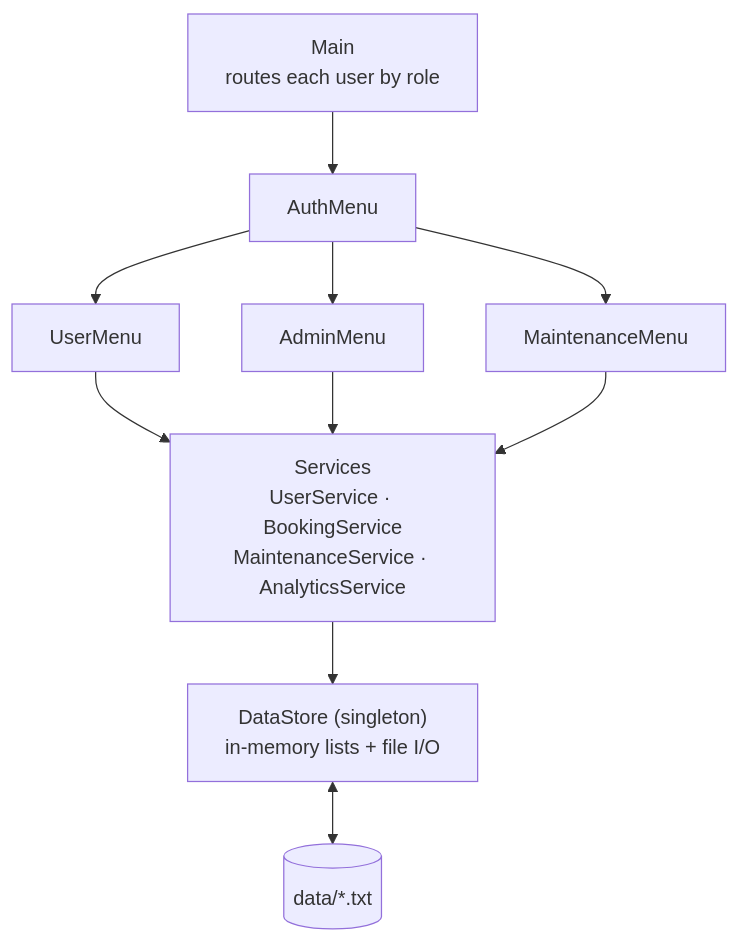
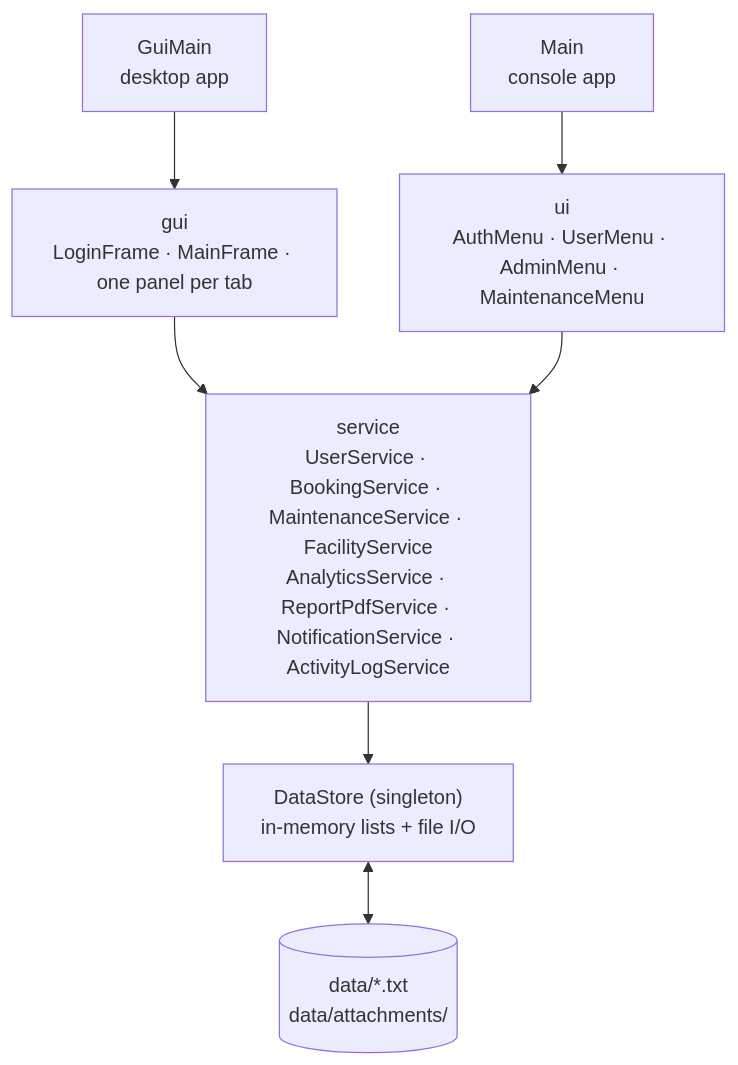
Before and after one commit to zijing0907/smart-campus-facility-booking: the diagram in README.md, drawn with Mermaid. The commit also changed other lines of this file and 26 other files, not shown here.

First line of the commit message:
Rewrite README for the desktop app and add screenshots

````diff
--- a/README.md
+++ b/README.md
@@ -83,10 +166,8 @@
 ```mermaid
 flowchart TD
-    Main["Main<br/>routes each user by role"] --> Auth[AuthMenu]
-    Auth --> UM[UserMenu]
-    Auth --> AM[AdminMenu]
-    Auth --> MM[MaintenanceMenu]
-    UM & AM & MM --> S["Services<br/>UserService · BookingService<br/>MaintenanceService · AnalyticsService"]
+    GM["GuiMain<br/>desktop app"] --> GUI["gui<br/>LoginFrame · MainFrame · one panel per tab"]
+    M["Main<br/>console app"] --> UI["ui<br/>AuthMenu · UserMenu · AdminMenu · MaintenanceMenu"]
+    GUI & UI --> S["service<br/>UserService · BookingService · MaintenanceService · FacilityService<br/>AnalyticsService · ReportPdfService · NotificationService · ActivityLogService"]
     S --> DS["DataStore (singleton)<br/>in-memory lists + file I/O"]
-    DS <--> F[("data/*.txt")]
+    DS <--> F[("data/*.txt<br/>data/attachments/")]
 ```
````
